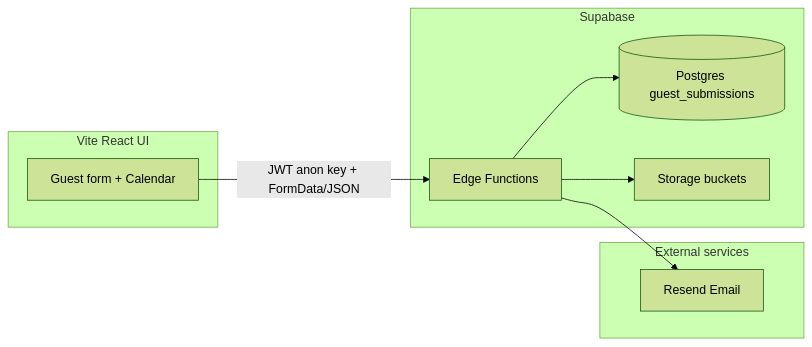
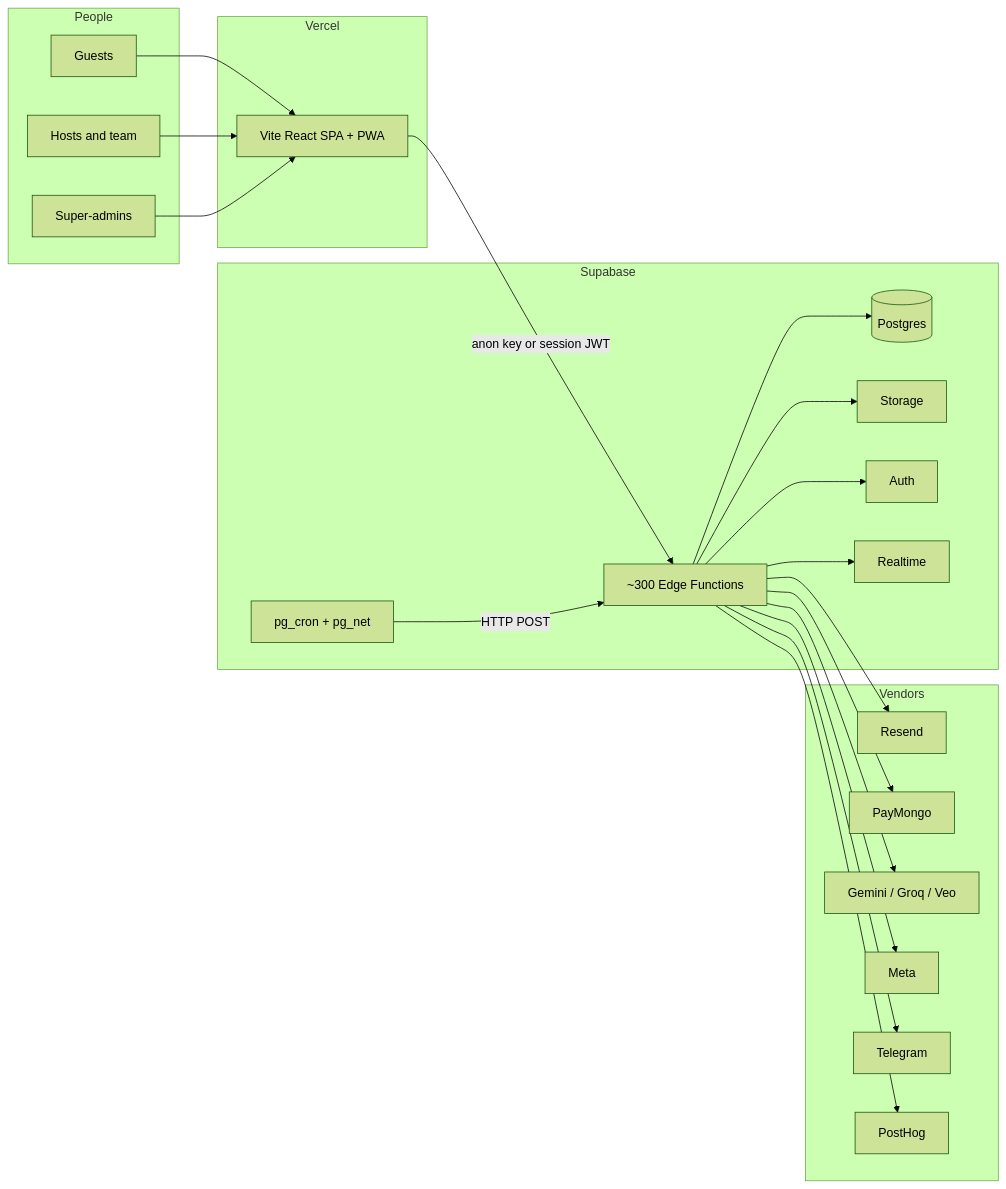
The first of 6 diagrams in docs/architecture/overview.md (sprmke/kame-homes), drawn with Mermaid (forest theme) before and after one commit. The commit also changed other lines of this file and 6 other files, not shown here.

First line of the commit message:
docs(docs): refresh architecture overview and project index

````diff
--- a/docs/architecture/overview.md
+++ b/docs/architecture/overview.md
@@ -29,18 +40,46 @@
 ```mermaid
 flowchart LR
-  subgraph client [Vite React UI]
-    UI[Guest form + Calendar]
+  subgraph people [People]
+    G[Guests]
+    H[Hosts and team]
+    S[Super-admins]
   end
+
+  subgraph vercel [Vercel]
+    SPA[Vite React SPA + PWA]
+  end
+
   subgraph supabase [Supabase]
-    EF[Edge Functions]
-    DB[(Postgres guest_submissions)]
-    ST[Storage buckets]
+    EF["~300 Edge Functions"]
+    DB[(Postgres)]
+    ST[Storage]
+    AU[Auth]
+    RT[Realtime]
+    CR[pg_cron + pg_net]
   end
-  subgraph external [External services]
-    R[Resend Email]
+
+  subgraph vendors [Vendors]
+    R[Resend]
+    P[PayMongo]
+    AI[Gemini / Groq / Veo]
+    M[Meta]
+    TG[Telegram]
+    PH[PostHog]
   end
-  UI -->|JWT anon key + FormData/JSON| EF
+
+  G --> SPA
+  H --> SPA
+  S --> SPA
+  SPA -->|anon key or session JWT| EF
   EF --> DB
   EF --> ST
+  EF --> AU
+  EF --> RT
+  CR -->|HTTP POST| EF
   EF --> R
+  EF --> P
+  EF --> AI
+  EF --> M
+  EF --> TG
+  EF --> PH
 ```
````
